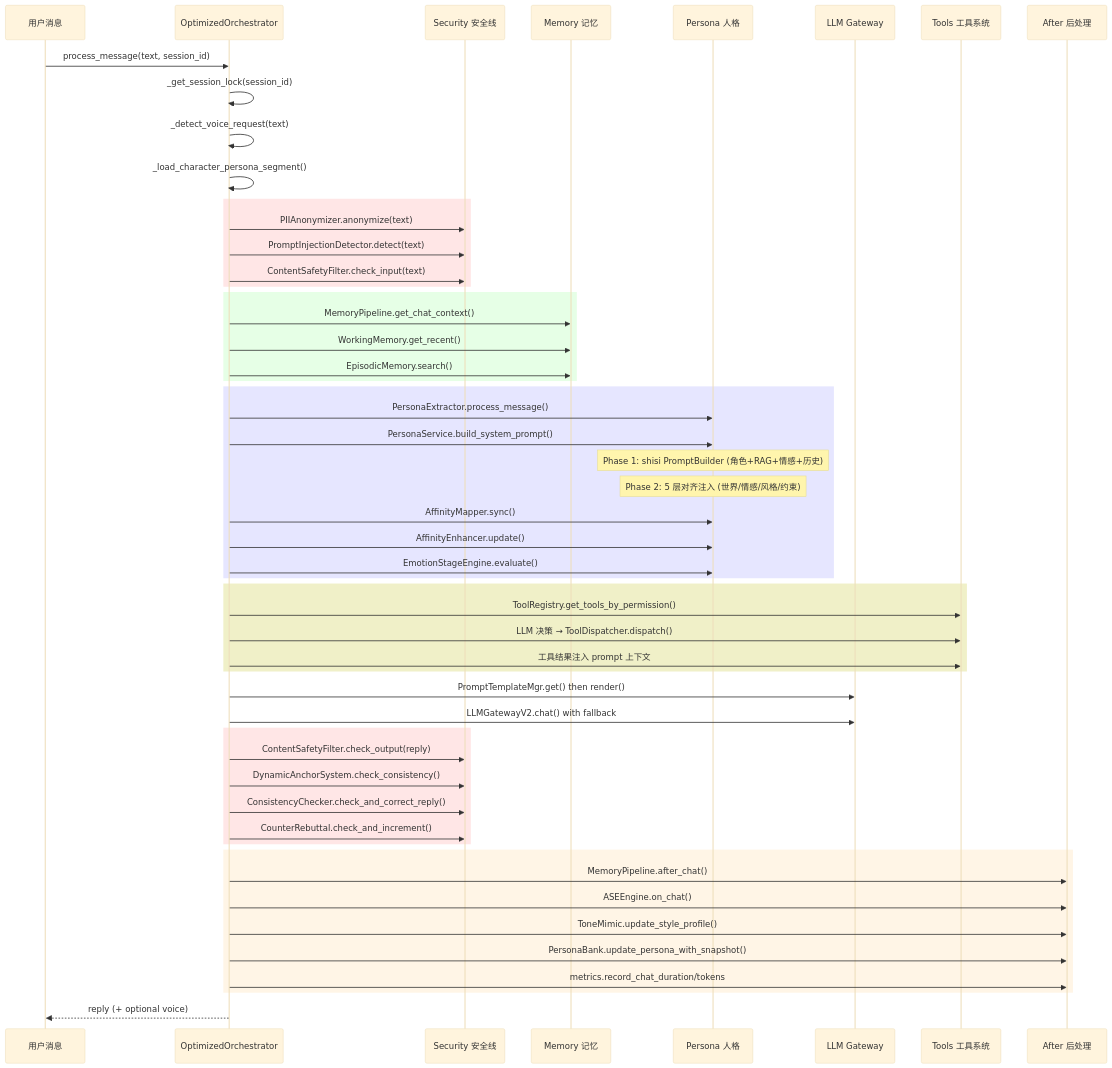
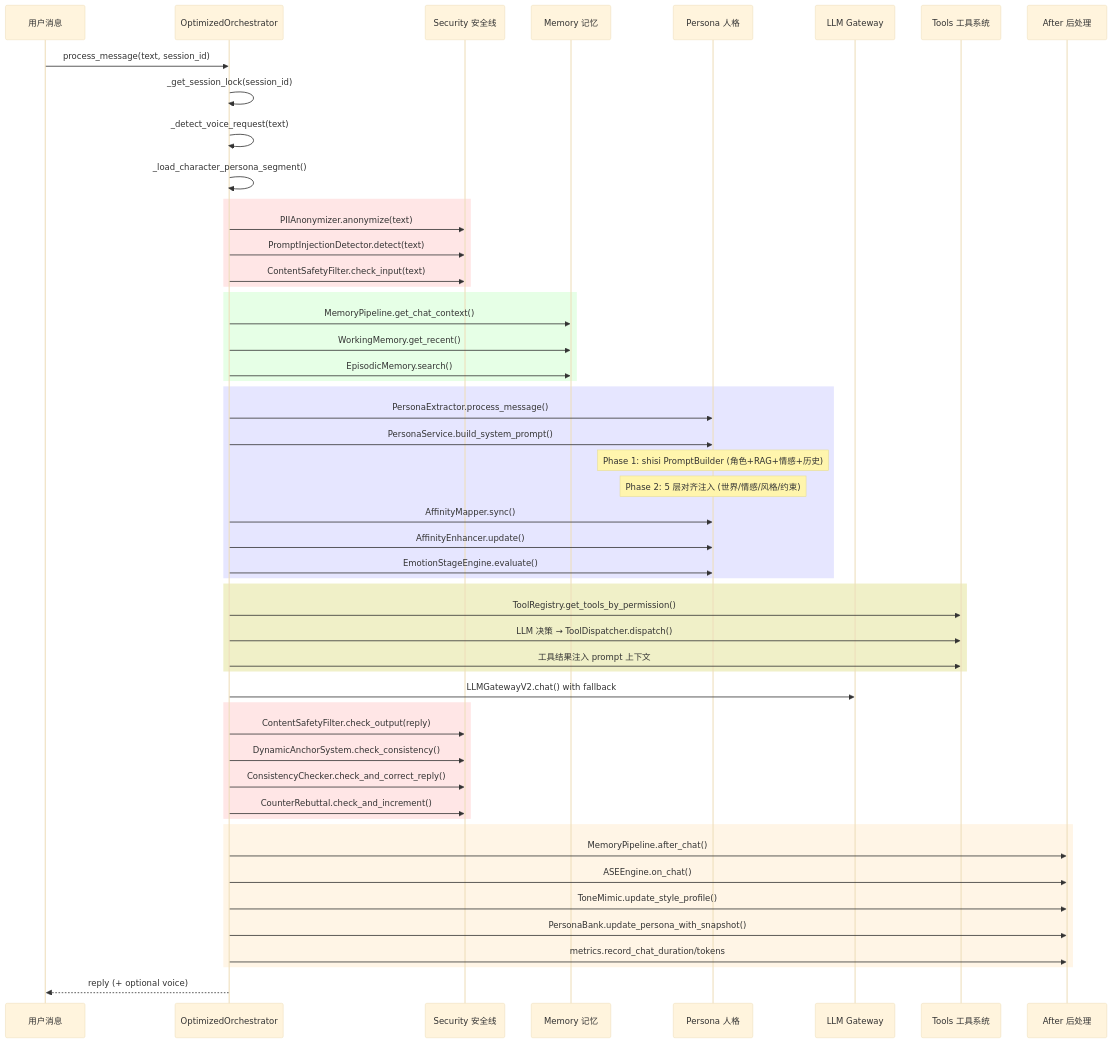
The second of 2 diagrams in CODE_GRAPH.md (FOURTEEN1416/fourteen), drawn with Mermaid (base theme) before and after one commit. The commit also changed other lines of this file and 1 other file, not shown here.

Commit message:
docs: CODE_GRAPH 终局对齐补漏——prompt_template_manager 图谱/边界表虚报行清除、§4.4 persona_utils 行核对、README 徽章 1709

````diff
--- a/CODE_GRAPH.md
+++ b/CODE_GRAPH.md
@@ -125,64 +122,63 @@
 ```mermaid
 sequenceDiagram
     participant U as 用户消息
     participant O as OptimizedOrchestrator
     participant S as Security 安全线
     participant M as Memory 记忆
     participant P as Persona 人格
     participant L as LLM Gateway
     participant T as Tools 工具系统
     participant A as After 后处理
 
     U->>O: process_message(text, session_id)
     O->>O: _get_session_lock(session_id)
     O->>O: _detect_voice_request(text)
     O->>O: _load_character_persona_segment()
 
     rect rgb(255, 230, 230)
         O->>S: PIIAnonymizer.anonymize(text)
         O->>S: PromptInjectionDetector.detect(text)
         O->>S: ContentSafetyFilter.check_input(text)
     end
 
     rect rgb(230, 255, 230)
         O->>M: MemoryPipeline.get_chat_context()
         O->>M: WorkingMemory.get_recent()
         O->>M: EpisodicMemory.search()
     end
 
     rect rgb(230, 230, 255)
         O->>P: PersonaExtractor.process_message()
         O->>P: PersonaService.build_system_prompt()
         Note over P: Phase 1: shisi PromptBuilder (角色+RAG+情感+历史)
         Note over P: Phase 2: 5 层对齐注入 (世界/情感/风格/约束)
         O->>P: AffinityMapper.sync()
         O->>P: AffinityEnhancer.update()
         O->>P: EmotionStageEngine.evaluate()
     end
 
     rect rgb(240, 240, 200)
         O->>T: ToolRegistry.get_tools_by_permission()
         O->>T: LLM 决策 → ToolDispatcher.dispatch()
         O->>T: 工具结果注入 prompt 上下文
     end
 
-    O->>L: PromptTemplateMgr.get() then render()
     O->>L: LLMGatewayV2.chat() with fallback
 
     rect rgb(255, 230, 230)
         O->>S: ContentSafetyFilter.check_output(reply)
         O->>S: DynamicAnchorSystem.check_consistency()
         O->>S: ConsistencyChecker.check_and_correct_reply()
         O->>S: CounterRebuttal.check_and_increment()
     end
 
     rect rgb(255, 245, 230)
         O->>A: MemoryPipeline.after_chat()
         O->>A: ASEEngine.on_chat()
         O->>A: ToneMimic.update_style_profile()
         O->>A: PersonaBank.update_persona_with_snapshot()
         O->>A: metrics.record_chat_duration/tokens
     end
 
     O-->>U: reply (+ optional voice)
 ```
````
